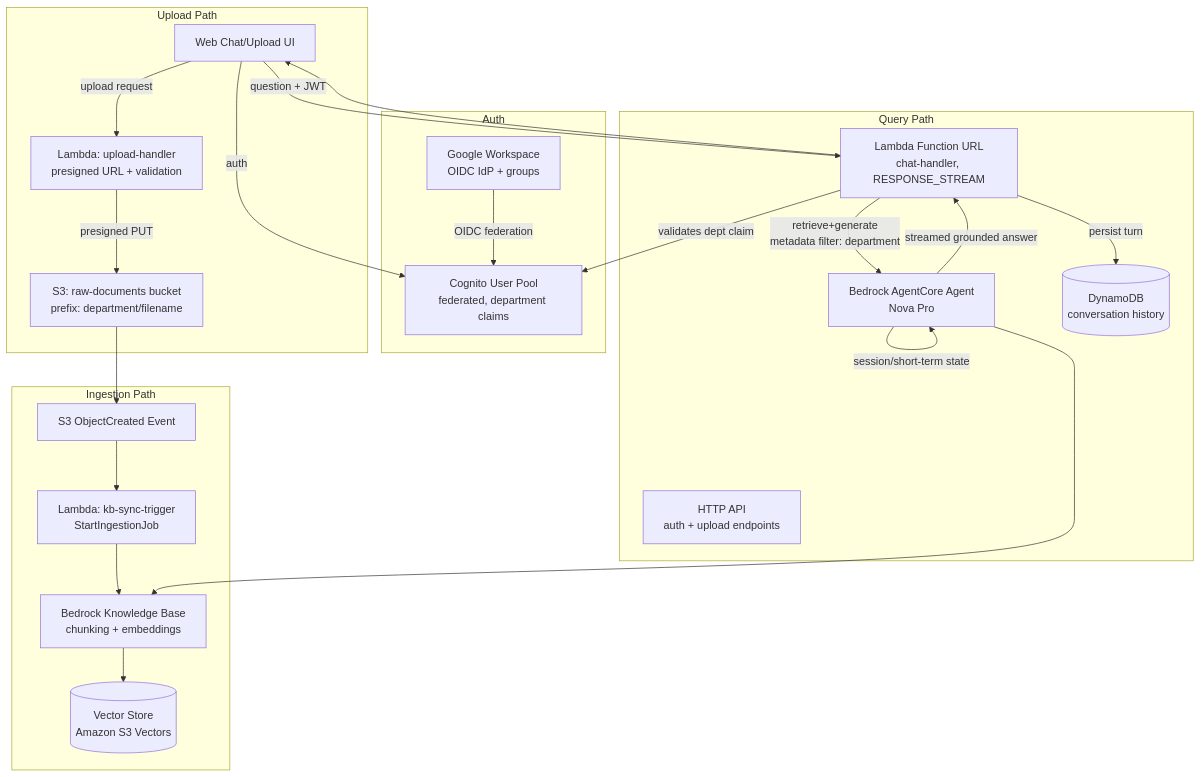
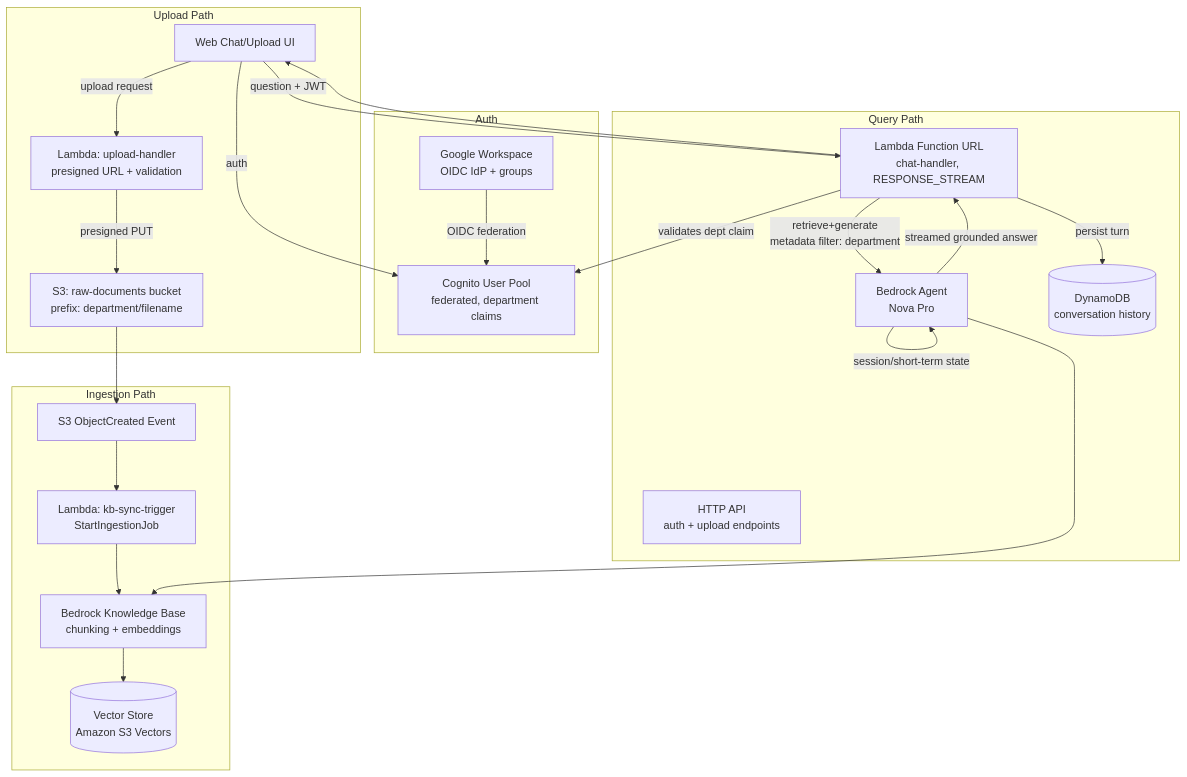
The diagram in specs/rag-knowledge-agent-spec.md (cesschneider/aws-bedrock-agent-core), drawn with Mermaid before and after one commit. The commit also changed other lines of this file and 4 other files, not shown here.

First line of the commit message:
Replace Bedrock AgentCore references with classic Bedrock Agents

````diff
--- a/specs/rag-knowledge-agent-spec.md
+++ b/specs/rag-knowledge-agent-spec.md
@@ -27,42 +27,42 @@
 ```mermaid
 flowchart TD
     subgraph Auth
         GWS[Google Workspace<br/>OIDC IdP + groups]
         COG[Cognito User Pool<br/>federated, department claims]
         GWS -- OIDC federation --> COG
     end
 
     subgraph Upload Path
         FE[Web Chat/Upload UI]
         S3IN[S3: raw-documents bucket<br/>prefix: department/filename]
         LUP[Lambda: upload-handler<br/>presigned URL + validation]
     end
 
     subgraph Ingestion Path
         S3EVT[S3 ObjectCreated Event]
         LSYNC[Lambda: kb-sync-trigger<br/>StartIngestionJob]
         KB[Bedrock Knowledge Base<br/>chunking + embeddings]
         VS[(Vector Store<br/>Amazon S3 Vectors)]
     end
 
     subgraph Query Path
         APIGW[HTTP API<br/>auth + upload endpoints]
         LCHAT[Lambda Function URL<br/>chat-handler, RESPONSE_STREAM]
-        AC[Bedrock AgentCore Agent<br/>Nova Pro]
+        AC[Bedrock Agent<br/>Nova Pro]
         DDB[(DynamoDB<br/>conversation history)]
     end
 
     FE -- auth --> COG
     FE -- upload request --> LUP
     LUP -- presigned PUT --> S3IN
     S3IN --> S3EVT --> LSYNC --> KB
     KB --> VS
 
     FE -- question + JWT --> LCHAT
     LCHAT -- validates dept claim --> COG
     LCHAT -- retrieve+generate<br/>metadata filter: department --> AC
     AC --> KB
     AC -- session/short-term state --> AC
     LCHAT -- persist turn --> DDB
     AC -- streamed grounded answer --> LCHAT --> FE
 ```
````
